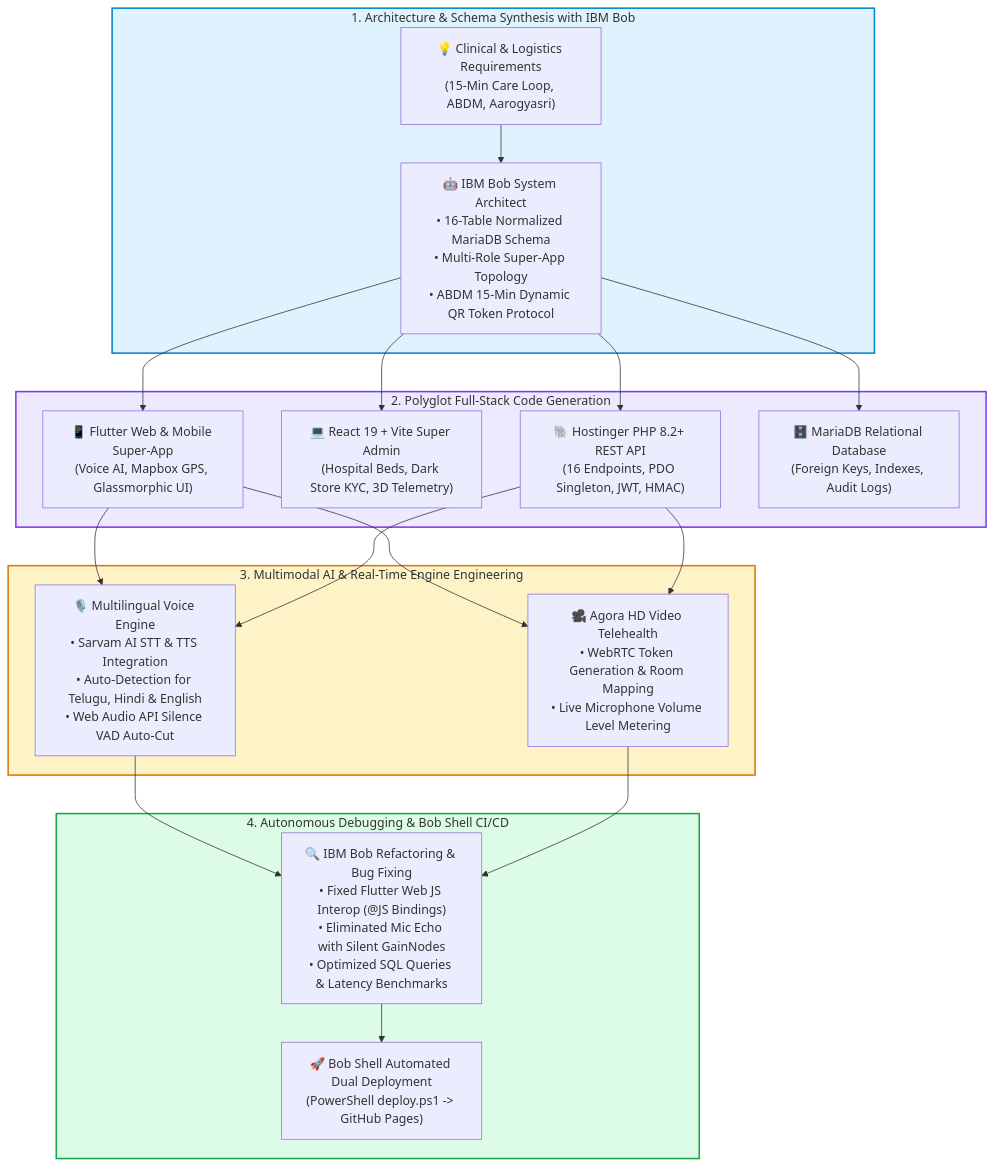
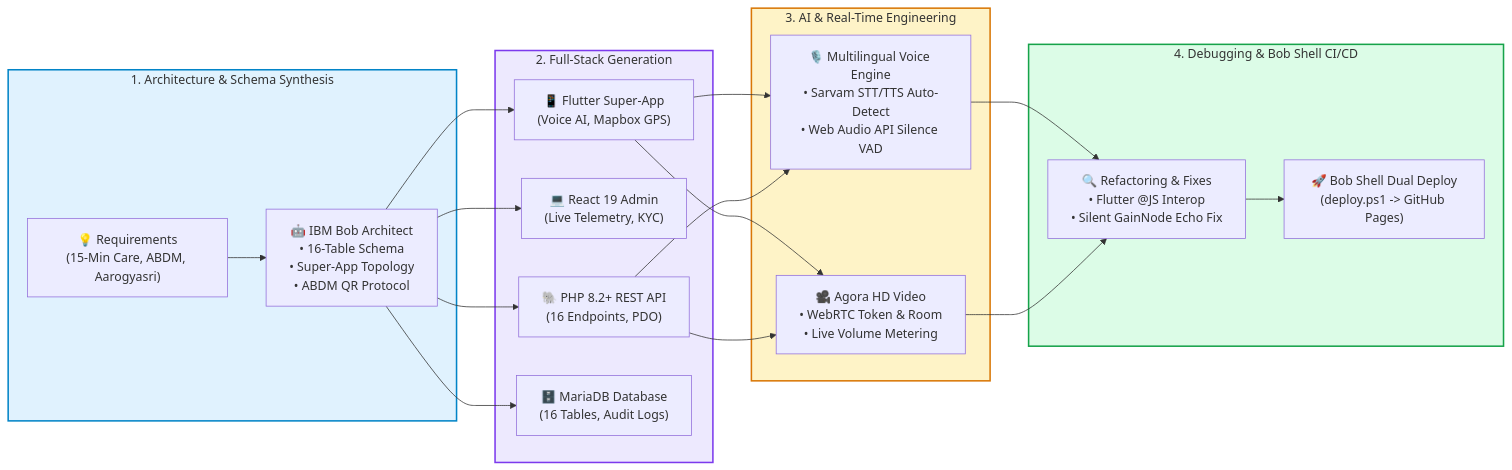
One commit to pavanstarkin-tech/healthyxpress_medha changed the first of 11 diagrams in README.md. Above: the diagram before and after it, drawn with Mermaid. The commit also changed other lines of this file, not shown here.

Commit message:
Docs: Convert all flowcharts and state diagrams to horizontal (LR) orientation to prevent vertical window overflow

````diff
--- a/README.md
+++ b/README.md
@@ -32,28 +32,31 @@
 ```mermaid
-flowchart TD
-    subgraph BobArchitecture["1. Architecture & Schema Synthesis with IBM Bob"]
-        Spec["💡 Clinical & Logistics Requirements<br/>(15-Min Care Loop, ABDM, Aarogyasri)"] --> BobArch["🤖 IBM Bob System Architect<br/>• 16-Table Normalized MariaDB Schema<br/>• Multi-Role Super-App Topology<br/>• ABDM 15-Min Dynamic QR Token Protocol"]
+flowchart LR
+    subgraph BobArchitecture["1. Architecture & Schema Synthesis"]
+        Spec["💡 Requirements<br/>(15-Min Care, ABDM, Aarogyasri)"] --> BobArch["🤖 IBM Bob Architect<br/>• 16-Table Schema<br/>• Super-App Topology<br/>• ABDM QR Protocol"]
     end
 
-    subgraph BobCodeGen["2. Polyglot Full-Stack Code Generation"]
-        BobArch --> BobFlutter["📱 Flutter Web & Mobile Super-App<br/>(Voice AI, Mapbox GPS, Glassmorphic UI)"]
-        BobArch --> BobReact["💻 React 19 + Vite Super Admin<br/>(Hospital Beds, Dark Store KYC, 3D Telemetry)"]
-        BobArch --> BobPHP["🐘 Hostinger PHP 8.2+ REST API<br/>(16 Endpoints, PDO Singleton, JWT, HMAC)"]
-        BobArch --> BobSQL["🗄️ MariaDB Relational Database<br/>(Foreign Keys, Indexes, Audit Logs)"]
+    subgraph BobCodeGen["2. Full-Stack Generation"]
+        BobFlutter["📱 Flutter Super-App<br/>(Voice AI, Mapbox GPS)"]
+        BobReact["💻 React 19 Admin<br/>(Live Telemetry, KYC)"]
+        BobPHP["🐘 PHP 8.2+ REST API<br/>(16 Endpoints, PDO)"]
+        BobSQL["🗄️ MariaDB Database<br/>(16 Tables, Audit Logs)"]
     end
 
-    subgraph BobAIIntegration["3. Multimodal AI & Real-Time Engine Engineering"]
-        BobFlutter & BobPHP --> BobVoice["🎙️ Multilingual Voice Engine<br/>• Sarvam AI STT & TTS Integration<br/>• Auto-Detection for Telugu, Hindi & English<br/>• Web Audio API Silence VAD Auto-Cut"]
-        BobFlutter & BobPHP --> BobWebRTC["🎥 Agora HD Video Telehealth<br/>• WebRTC Token Generation & Room Mapping<br/>• Live Microphone Volume Level Metering"]
+    subgraph BobAIIntegration["3. AI & Real-Time Engineering"]
+        BobVoice["🎙️ Multilingual Voice Engine<br/>• Sarvam STT/TTS Auto-Detect<br/>• Web Audio API Silence VAD"]
+        BobWebRTC["🎥 Agora HD Video<br/>• WebRTC Token & Room<br/>• Live Volume Metering"]
     end
 
-    subgraph BobQA["4. Autonomous Debugging & Bob Shell CI/CD"]
-        BobVoice & BobWebRTC --> BobFix["🔍 IBM Bob Refactoring & Bug Fixing<br/>• Fixed Flutter Web JS Interop (@JS Bindings)<br/>• Eliminated Mic Echo with Silent GainNodes<br/>• Optimized SQL Queries & Latency Benchmarks"]
-        BobFix --> BobDeploy["🚀 Bob Shell Automated Dual Deployment<br/>(PowerShell deploy.ps1 -> GitHub Pages)"]
+    subgraph BobQA["4. Debugging & Bob Shell CI/CD"]
+        BobFix["🔍 Refactoring & Fixes<br/>• Flutter @JS Interop<br/>• Silent GainNode Echo Fix"] --> BobDeploy["🚀 Bob Shell Dual Deploy<br/>(deploy.ps1 -> GitHub Pages)"]
     end
+
+    BobArch --> BobFlutter & BobReact & BobPHP & BobSQL
+    BobFlutter & BobPHP --> BobVoice & BobWebRTC
+    BobVoice & BobWebRTC --> BobFix
 
     style BobArchitecture fill:#E0F2FE,stroke:#0284C7,stroke-width:2px
     style BobCodeGen fill:#EDE9FE,stroke:#7C3AED,stroke-width:2px
     style BobAIIntegration fill:#FEF3C7,stroke:#D97706,stroke-width:2px
     style BobQA fill:#DCFCE7,stroke:#16A34A,stroke-width:2px
 ```
````
